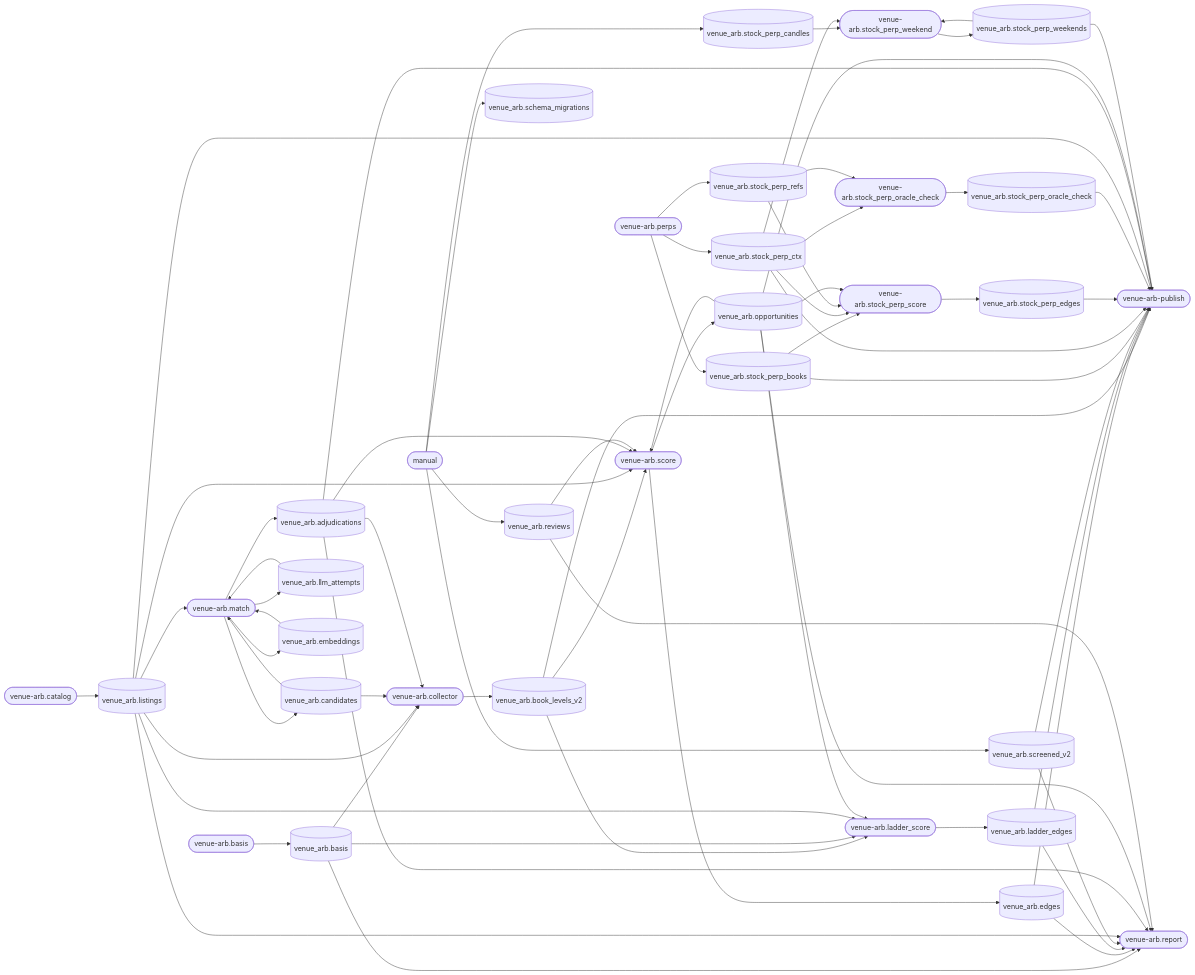
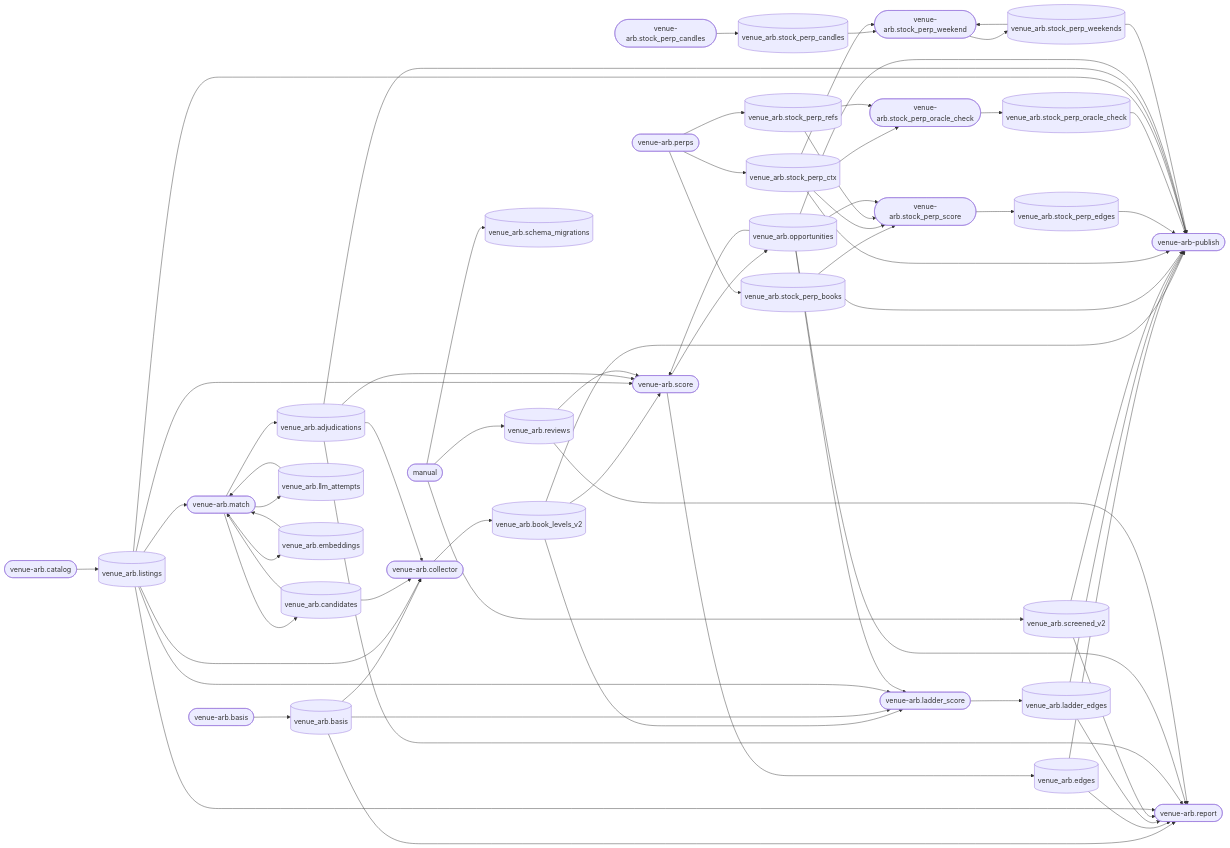
One commit to samuellee19/venue-arb changed the diagram in docs/DATASETS.md. Above: the diagram before and after it, drawn with Mermaid. The commit also changed other lines of this file and 5 other files, not shown here.

```diff
--- a/docs/DATASETS.md
+++ b/docs/DATASETS.md
@@ -36,6 +36,7 @@
     manual(["manual"])
     venue-arb.perps(["venue-arb.perps"])
     venue-arb.stock_perp_score(["venue-arb.stock_perp_score"])
+    venue-arb.stock_perp_candles(["venue-arb.stock_perp_candles"])
     venue-arb.stock_perp_weekend(["venue-arb.stock_perp_weekend"])
     venue-arb.stock_perp_oracle_check(["venue-arb.stock_perp_oracle_check"])
     venue-arb.catalog(["venue-arb.catalog"])
@@ -80,7 +81,7 @@
     venue-arb.perps --> venue_arb.stock_perp_books
     venue_arb.stock_perp_books --> venue-arb-publish
     venue_arb.stock_perp_books --> venue-arb.stock_perp_score
-    manual --> venue_arb.stock_perp_candles
+    venue-arb.stock_perp_candles --> venue_arb.stock_perp_candles
     venue_arb.stock_perp_candles --> venue-arb.stock_perp_weekend
     venue-arb.perps --> venue_arb.stock_perp_ctx
     venue_arb.stock_perp_ctx --> venue-arb-publish
```
